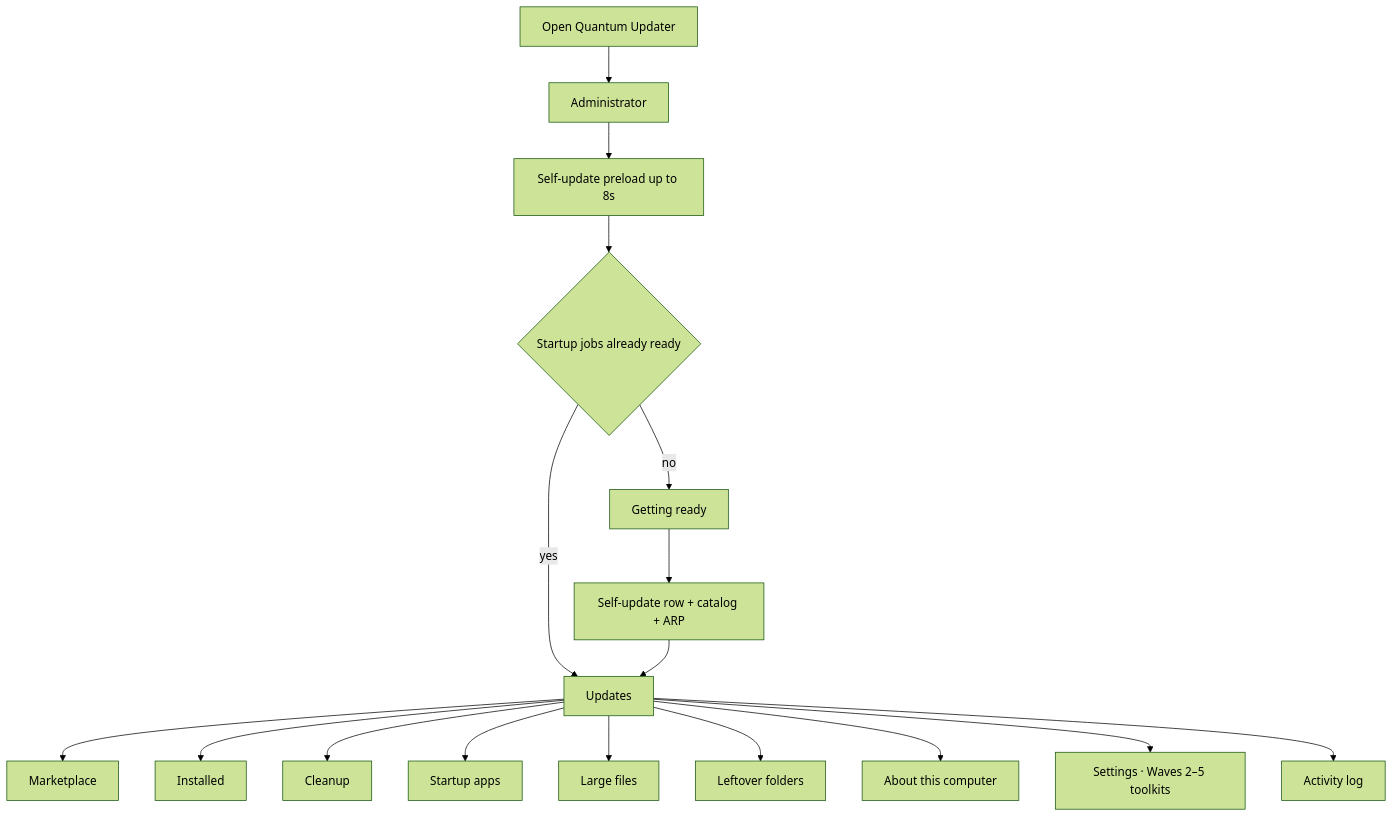
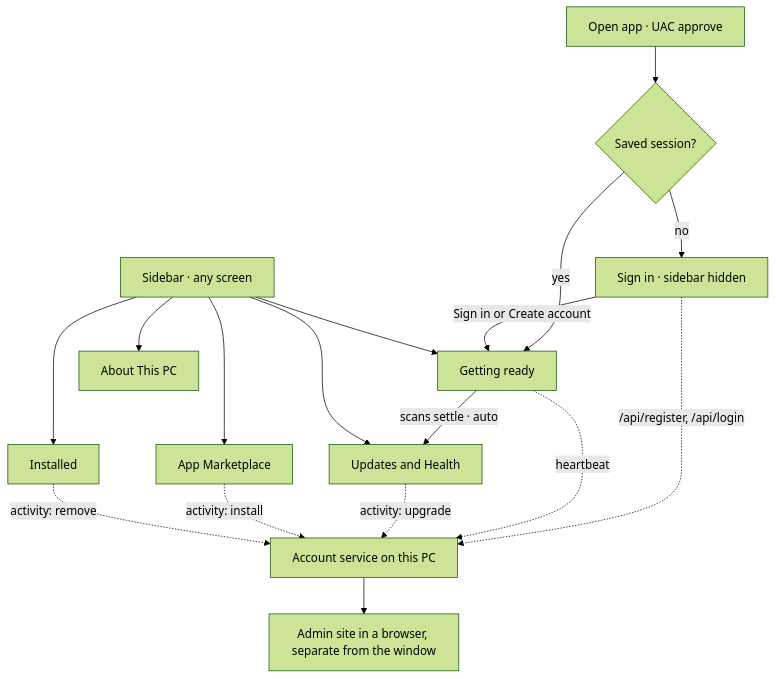
One commit to merchanthasan2/AudoChocolatey changed the second of 5 diagrams in docs/ARCHITECTURE.md. Above: the diagram before and after it, drawn with Mermaid (forest theme). The commit also changed other lines of this file and 259 other files, not shown here.

````diff
--- a/docs/ARCHITECTURE.md
+++ b/docs/ARCHITECTURE.md
@@ -79,19 +103,19 @@
 ```mermaid
 flowchart TD
-  open["Open Quantum Updater"] --> admin["Administrator"]
-  admin --> self["Self-update preload up to 8s"]
-  self --> cache{"Startup jobs already ready"}
-  cache -->|yes| updates["Updates"]
-  cache -->|no| gate["Getting ready"]
-  gate --> rows["Self-update row + catalog + ARP"]
-  rows --> updates
-  updates --> market["Marketplace"]
-  updates --> inst["Installed"]
-  updates --> clean["Cleanup"]
-  updates --> startapps["Startup apps"]
-  updates --> large["Large files"]
-  updates --> left["Leftover folders"]
-  updates --> about["About this computer"]
-  updates --> settings["Settings · Waves 2–5 toolkits"]
-  updates --> log["Activity log"]
+  open["Open app · UAC approve"] --> check{"Saved session?"}
+  check -- no --> signin["Sign in · sidebar hidden"]
+  check -- yes --> ready["Getting ready"]
+  signin -- "Sign in or Create account" --> ready
+  ready -- "scans settle · auto" --> updates["Updates and Health"]
+  nav["Sidebar · any screen"] --> ready
+  nav --> updates
+  nav --> market["App Marketplace"]
+  nav --> installed["Installed"]
+  nav --> about["About This PC"]
+  signin -. "/api/register, /api/login" .-> account["Account service on this PC"]
+  ready -. heartbeat .-> account
+  updates -. "activity: upgrade" .-> account
+  market -. "activity: install" .-> account
+  installed -. "activity: remove" .-> account
+  account --> admin["Admin site in a browser, separate from the window"]
 ```
````
